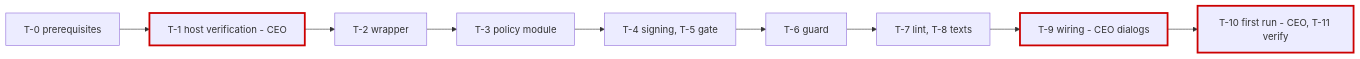
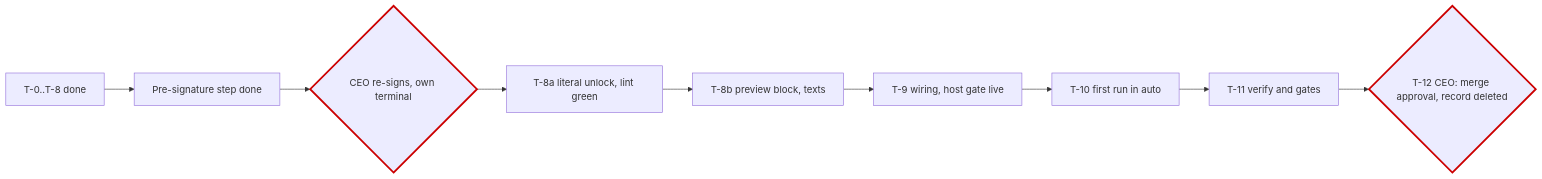
One commit to GktuOktay/claude-agency-v2 changed the diagram in plans/0004-plan.md. Above: the diagram before and after it, drawn with Mermaid. The commit also changed other lines of this file and 3 other files, not shown here.

````diff
--- a/plans/0004-plan.md
+++ b/plans/0004-plan.md
@@ -61,13 +72,13 @@
 ```mermaid
 flowchart LR
-  T0[T-0 prerequisites] --> T1[T-1 host verification - CEO]
-  T1 --> T2[T-2 wrapper]
-  T2 --> T3[T-3 policy module]
-  T3 --> T45[T-4 signing, T-5 gate]
-  T45 --> T6[T-6 guard]
-  T6 --> T78[T-7 lint, T-8 texts]
-  T78 --> T9[T-9 wiring - CEO dialogs]
-  T9 --> T10[T-10 first run - CEO, T-11 verify]
+  A[T-0..T-8 done] --> S[Pre-signature step done]
+  S --> G{CEO re-signs, own terminal}
+  G --> T8a[T-8a literal unlock, lint green]
+  T8a --> T8b[T-8b preview block, texts]
+  T8b --> T9[T-9 wiring, host gate live]
+  T9 --> T10[T-10 first run in auto]
+  T10 --> T11[T-11 verify and gates]
+  T11 --> T12{T-12 CEO: merge approval, record deleted}
   classDef ceo stroke:#c00,stroke-width:3px
-  class T1,T9,T10 ceo
+  class G,T12 ceo
 ```
````
